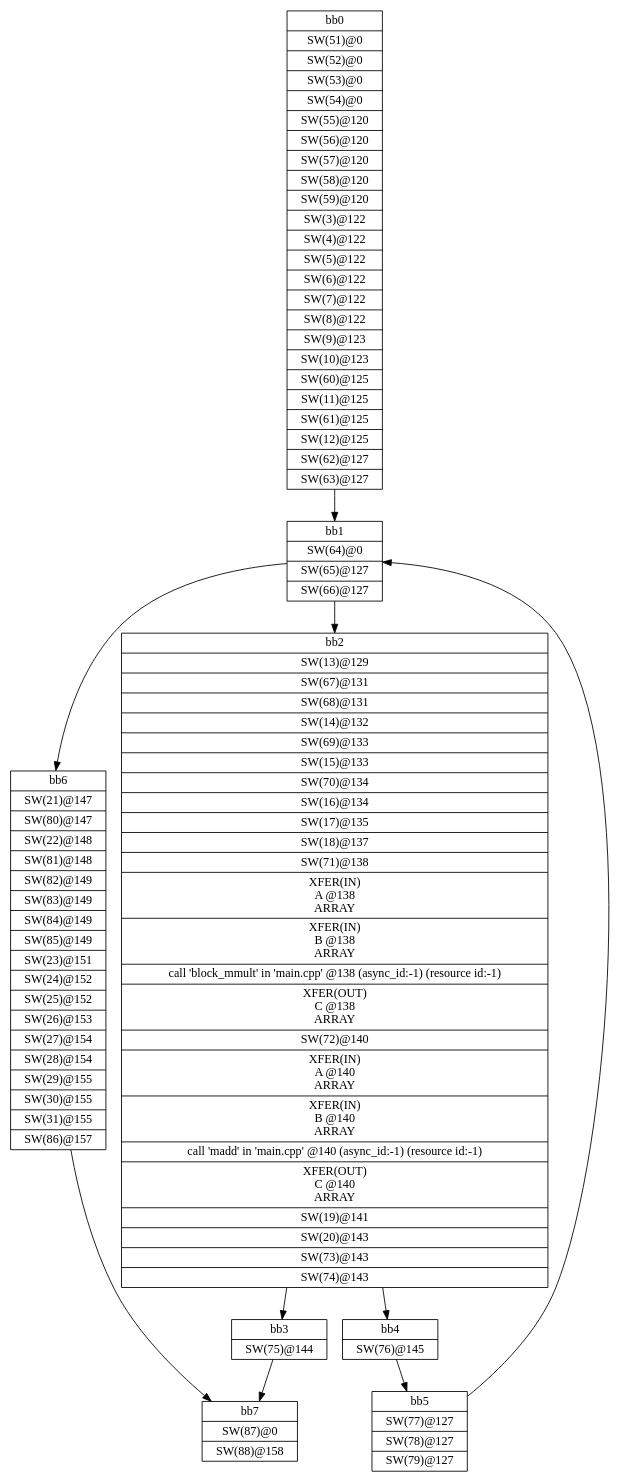
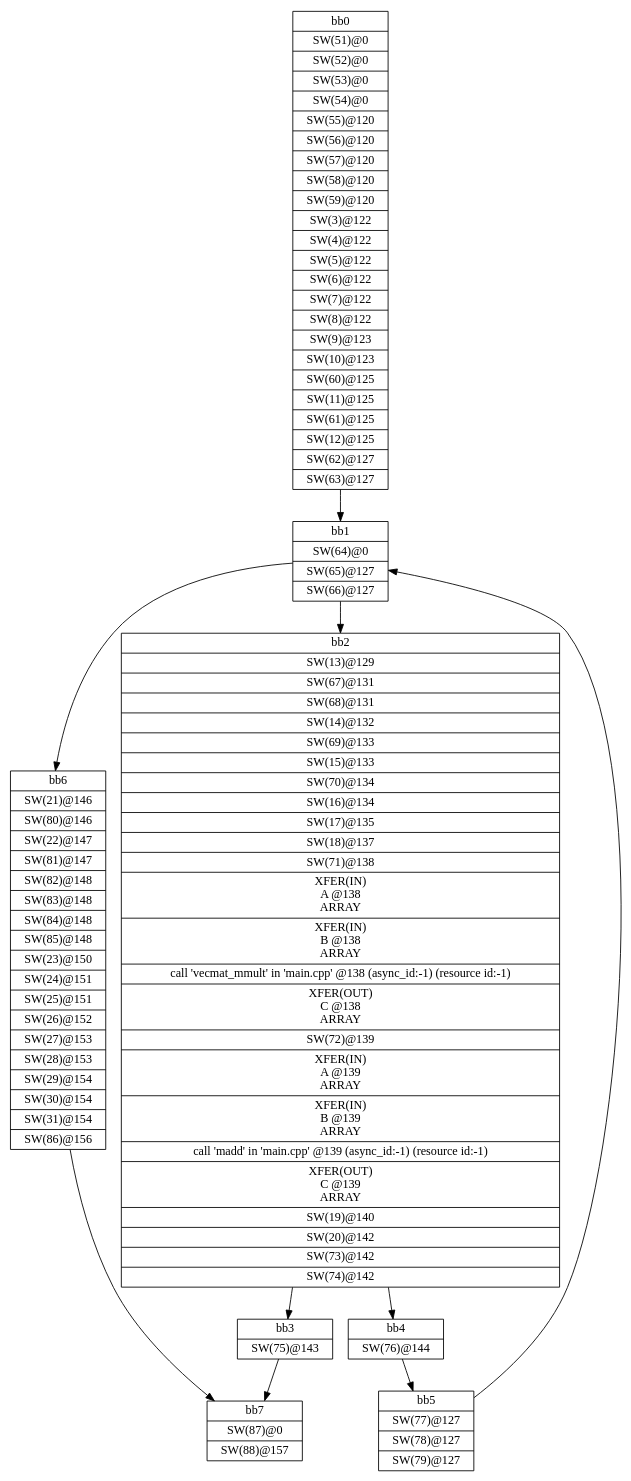
One commit to goceee/advanced_fpga_and_dsp changed the diagram in lab_2/Release/_sds/.llvm/_px_cdfg_xfer_mmult_test.dot. Above: the diagram before and after it, drawn with Graphviz. The commit also changed 377 other files, not shown here.

```diff
--- a/lab_2/Release/_sds/.llvm/_px_cdfg_xfer_mmult_test.dot
+++ b/lab_2/Release/_sds/.llvm/_px_cdfg_xfer_mmult_test.dot
@@ -1,20 +1,20 @@
 digraph CDFG {
 node [shape=record];
-bb0 [shape=record, label = "{bb0|<x000001AF8A42DF60>SW(51)@0\n|<x000001AF8A42DD80>SW(52)@0\n|<x000001AF8A42DE20>SW(53)@0\n|<x000001AF8A42E000>SW(54)@0\n|<x000001AF8A42E0A0>SW(55)@120\n|<x000001AF8AC4C320>SW(56)@120\n|<x000001AF8AC4BD80>SW(57)@120\n|<x000001AF8AC4C640>SW(58)@120\n|<x000001AF8AC4C780>SW(59)@120\n|<x000001AF8A028960>SW(3)@122\n|<x000001AF8A028320>SW(4)@122\n|<x000001AF8A0276A0>SW(5)@122\n|<x000001AF8A028FA0>SW(6)@122\n|<x000001AF8A028BE0>SW(7)@122\n|<x000001AF8A027920>SW(8)@122\n|<x000001AF8A027CE0>SW(9)@123\n|<x000001AF8A42D9C0>SW(10)@123\n|<x000001AF8AC4B560>SW(60)@125\n|<x000001AF8A42D240>SW(11)@125\n|<x000001AF8AC4C140>SW(61)@125\n|<x000001AF8A42EAA0>SW(12)@125\n|<x000001AF8AC4BE20>SW(62)@127\n|<x000001AF8AC4B1A0>SW(63)@127\n}"];
-bb1 [shape=record, label = "{bb1|<x000001AF8AC4B6A0>SW(64)@0\n|<x000001AF8AC4AF20>SW(65)@127\n|<x000001AF8AC4B740>SW(66)@127\n}"];
-bb2 [shape=record, label = "{bb2|<x000001AF8A42CE80>SW(13)@129\n|<x000001AF8AC4C460>SW(67)@131\n|<x000001AF8AC4ACA0>SW(68)@131\n|<x000001AF8A42E6E0>SW(14)@132\n|<x000001AF8AC4B420>SW(69)@133\n|<x000001AF8A42DA60>SW(15)@133\n|<x000001AF8AC4B100>SW(70)@134\n|<x000001AF8A42D6A0>SW(16)@134\n|<x000001AF8A42D7E0>SW(17)@135\n|<x000001AF8A42CDE0>SW(18)@137\n|<x000001AF8AC4B240>SW(71)@138\n|<x000001AF8AC4B380>XFER(IN)\nA @138\nARRAY\n|<x000001AF8AC4B920>XFER(IN)\nB @138\nARRAY\n|<x000001AF8A059090>call 'block_mmult' in 'main.cpp' @138 (async_id:-1) (resource id:-1)\n|<x000001AF8AC4BA60>XFER(OUT)\nC @138\nARRAY\n|<x000001AF8AC4AC00>SW(72)@140\n|<x000001AF8AC4BB00>XFER(IN)\nA @140\nARRAY\n|<x000001AF8AC4ADE0>XFER(IN)\nB @140\nARRAY\n|<x000001AF8A059170>call 'madd' in 'main.cpp' @140 (async_id:-1) (resource id:-1)\n|<x000001AF8AC4BBA0>XFER(OUT)\nC @140\nARRAY\n|<x000001AF8A42E780>SW(19)@141\n|<x000001AF8A42E8C0>SW(20)@143\n|<x000001AF8AC4B600>SW(73)@143\n|<x000001AF8AC4B2E0>SW(74)@143\n}"];
-bb3 [shape=record, label = "{bb3|<x000001AF8AC4B4C0>SW(75)@144\n}"];
-bb4 [shape=record, label = "{bb4|<x000001AF8AC4C280>SW(76)@145\n}"];
-bb5 [shape=record, label = "{bb5|<x000001AF8AC4C8C0>SW(77)@127\n|<x000001AF8AC4BF60>SW(78)@127\n|<x000001AF8AC4BEC0>SW(79)@127\n}"];
-bb6 [shape=record, label = "{bb6|<x000001AF8A42D740>SW(21)@147\n|<x000001AF8AC4B9C0>SW(80)@147\n|<x000001AF8A42E820>SW(22)@148\n|<x000001AF8AC4AD40>SW(81)@148\n|<x000001AF8AC4C000>SW(82)@149\n|<x000001AF8AC4B7E0>SW(83)@149\n|<x000001AF8AC4B880>SW(84)@149\n|<x000001AF8AC4C0A0>SW(85)@149\n|<x000001AF8A42E320>SW(23)@151\n|<x000001AF8A42DC40>SW(24)@152\n|<x000001AF8A42E640>SW(25)@152\n|<x000001AF8A42E960>SW(26)@153\n|<x000001AF8A42E500>SW(27)@154\n|<x000001AF8A42CF20>SW(28)@154\n|<x000001AF8A42E3C0>SW(29)@155\n|<x000001AF8A42D560>SW(30)@155\n|<x000001AF8A42EB40>SW(31)@155\n|<x000001AF8AC4C1E0>SW(86)@157\n}"];
-bb7 [shape=record, label = "{bb7|<x000001AF8AC4C3C0>SW(87)@0\n|<x000001AF8AC4C500>SW(88)@158\n}"];
+bb0 [shape=record, label = "{bb0|<x000001EC21FDD790>SW(51)@0\n|<x000001EC21FDD8D0>SW(52)@0\n|<x000001EC21FDDA10>SW(53)@0\n|<x000001EC21FDDAB0>SW(54)@0\n|<x000001EC21FDDB50>SW(55)@120\n|<x000001EC21FDDE70>SW(56)@120\n|<x000001EC21FDC250>SW(57)@120\n|<x000001EC228115A0>SW(58)@120\n|<x000001EC22812680>SW(59)@120\n|<x000001EC21B1ED70>SW(3)@122\n|<x000001EC21B202B0>SW(4)@122\n|<x000001EC21B1E7D0>SW(5)@122\n|<x000001EC21B1EE10>SW(6)@122\n|<x000001EC21B1E870>SW(7)@122\n|<x000001EC21B1EF50>SW(8)@122\n|<x000001EC21B1F270>SW(9)@123\n|<x000001EC21ABE210>SW(10)@123\n|<x000001EC228124A0>SW(60)@125\n|<x000001EC21B1F3B0>SW(11)@125\n|<x000001EC22812900>SW(61)@125\n|<x000001EC21FDC390>SW(12)@125\n|<x000001EC228111E0>SW(62)@127\n|<x000001EC22810F60>SW(63)@127\n}"];
+bb1 [shape=record, label = "{bb1|<x000001EC22811640>SW(64)@0\n|<x000001EC22811820>SW(65)@127\n|<x000001EC22812360>SW(66)@127\n}"];
+bb2 [shape=record, label = "{bb2|<x000001EC21FDD330>SW(13)@129\n|<x000001EC22812400>SW(67)@131\n|<x000001EC22811280>SW(68)@131\n|<x000001EC21FDC430>SW(14)@132\n|<x000001EC22812220>SW(69)@133\n|<x000001EC21FDD6F0>SW(15)@133\n|<x000001EC228122C0>SW(70)@134\n|<x000001EC21FDC4D0>SW(16)@134\n|<x000001EC21FDD0B0>SW(17)@135\n|<x000001EC21FDC570>SW(18)@137\n|<x000001EC22811320>SW(71)@138\n|<x000001EC22810EC0>XFER(IN)\nA @138\nARRAY\n|<x000001EC22811000>XFER(IN)\nB @138\nARRAY\n|<x000001EC21B57A80>call 'vecmat_mmult' in 'main.cpp' @138 (async_id:-1) (resource id:-1)\n|<x000001EC228110A0>XFER(OUT)\nC @138\nARRAY\n|<x000001EC22812040>SW(72)@139\n|<x000001EC22811140>XFER(IN)\nA @139\nARRAY\n|<x000001EC22811C80>XFER(IN)\nB @139\nARRAY\n|<x000001EC21B57460>call 'madd' in 'main.cpp' @139 (async_id:-1) (resource id:-1)\n|<x000001EC22811500>XFER(OUT)\nC @139\nARRAY\n|<x000001EC21FDC6B0>SW(19)@140\n|<x000001EC21FDCC50>SW(20)@142\n|<x000001EC22810E20>SW(73)@142\n|<x000001EC22812860>SW(74)@142\n}"];
+bb3 [shape=record, label = "{bb3|<x000001EC22812720>SW(75)@143\n}"];
+bb4 [shape=record, label = "{bb4|<x000001EC228127C0>SW(76)@144\n}"];
+bb5 [shape=record, label = "{bb5|<x000001EC22810CE0>SW(77)@127\n|<x000001EC22811DC0>SW(78)@127\n|<x000001EC228118C0>SW(79)@127\n}"];
+bb6 [shape=record, label = "{bb6|<x000001EC21FDCB10>SW(21)@146\n|<x000001EC228129A0>SW(80)@146\n|<x000001EC21FDD970>SW(22)@147\n|<x000001EC22811E60>SW(81)@147\n|<x000001EC228113C0>SW(82)@148\n|<x000001EC22810D80>SW(83)@148\n|<x000001EC22810BA0>SW(84)@148\n|<x000001EC22810B00>SW(85)@148\n|<x000001EC21FDD150>SW(23)@150\n|<x000001EC21FDC610>SW(24)@151\n|<x000001EC21FDC930>SW(25)@151\n|<x000001EC21FDC2F0>SW(26)@152\n|<x000001EC21FDD510>SW(27)@153\n|<x000001EC21FDDDD0>SW(28)@153\n|<x000001EC21FDCE30>SW(29)@154\n|<x000001EC21FDDBF0>SW(30)@154\n|<x000001EC21FDD010>SW(31)@154\n|<x000001EC228120E0>SW(86)@156\n}"];
+bb7 [shape=record, label = "{bb7|<x000001EC22811460>SW(87)@0\n|<x000001EC22810C40>SW(88)@157\n}"];
 bb0 -> bb1
 bb1 -> bb2
 bb1 -> bb6
 bb2 -> bb3
 bb2 -> bb4
 bb3 -> bb7
 bb4 -> bb5
 bb5 -> bb1
 bb6 -> bb7
 }
```
